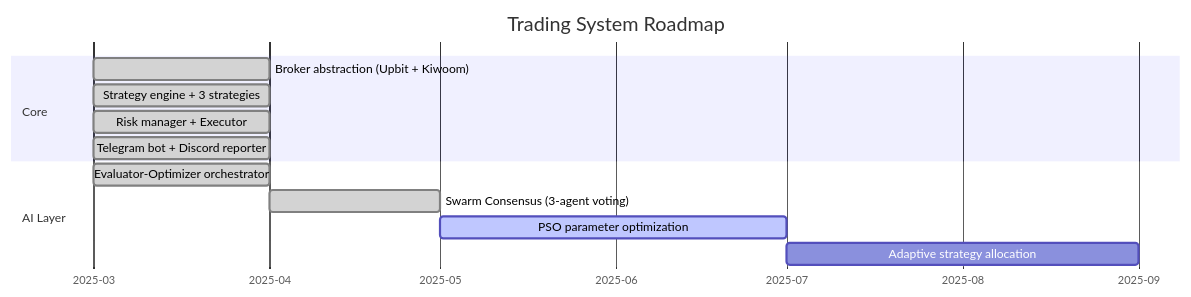
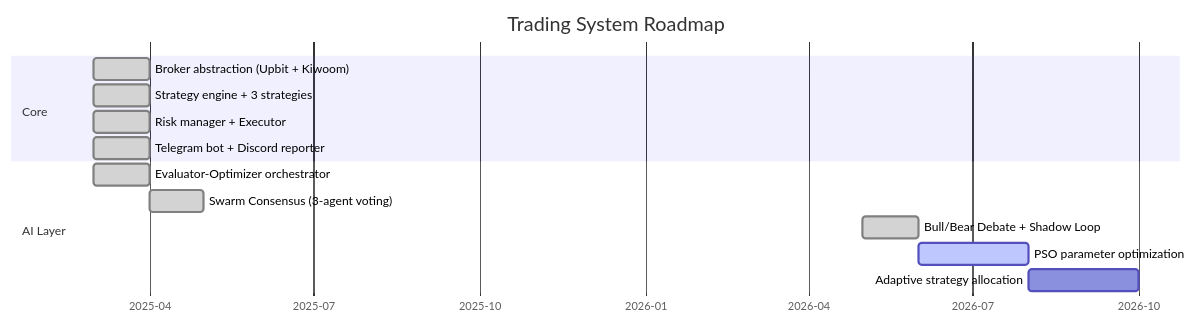
Before and after one commit to bongho/trading-system-public: the third of 3 diagrams in README.md, drawn with Mermaid. The commit also changed other lines of this file, not shown here.

````diff
--- a/README.md
+++ b/README.md
@@ -334,18 +364,19 @@
 ```mermaid
 gantt
     title Trading System Roadmap
     dateFormat YYYY-MM
     axisFormat %Y-%m
 
     section Core
     Broker abstraction (Upbit + Kiwoom)  :done, 2025-03, 1M
     Strategy engine + 3 strategies       :done, 2025-03, 1M
     Risk manager + Executor              :done, 2025-03, 1M
     Telegram bot + Discord reporter      :done, 2025-03, 1M
 
     section AI Layer
     Evaluator-Optimizer orchestrator     :done, 2025-03, 1M
     Swarm Consensus (3-agent voting)     :done, 2025-04, 1M
-    PSO parameter optimization           :active, pso, 2025-05, 2M
+    Bull/Bear Debate + Shadow Loop       :done, 2026-05, 1M
+    PSO parameter optimization           :active, pso, 2026-06, 2M
     Adaptive strategy allocation         :alloc, after pso, 2M
 ```
````
